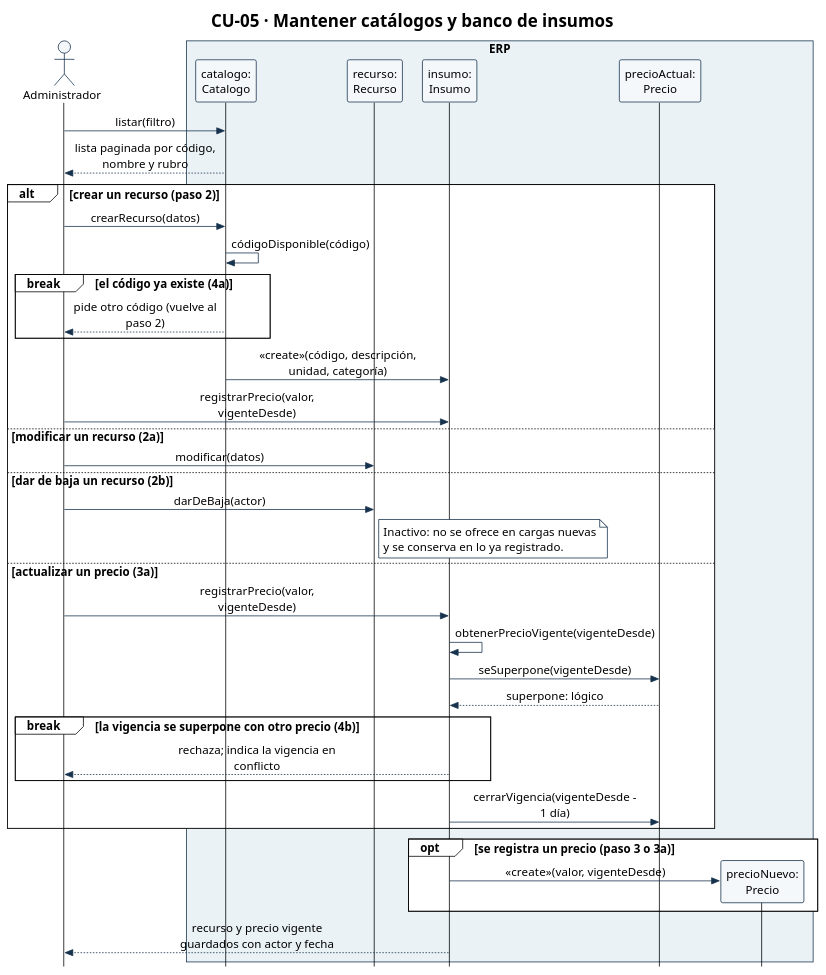
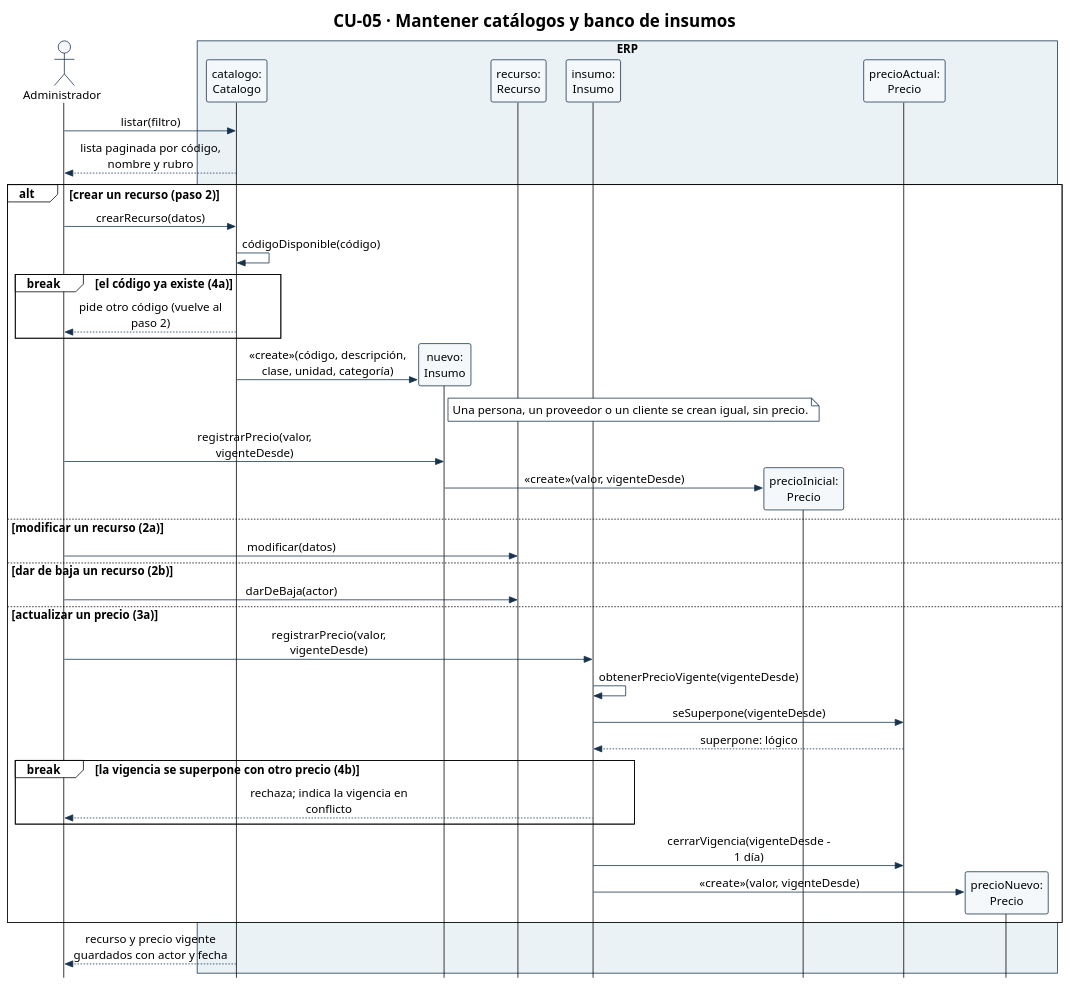
One commit to Ssrrb/tpf-uca changed the diagram in diagramas/CU-05-secuencia.puml. Above: the diagram before and after it, drawn with PlantUML. The commit also changed 9 other files, not shown here.

```diff
--- a/diagramas/CU-05-secuencia.puml
+++ b/diagramas/CU-05-secuencia.puml
@@ -1,66 +1,68 @@
 @startuml
 !theme plain
 skinparam style strictuml
 skinparam shadowing false
 skinparam defaultFontName Arial
 skinparam defaultFontSize 15
 skinparam sequenceMessageAlign center
 skinparam maxMessageSize 220
 skinparam ParticipantPadding 8
 skinparam BoxPadding 6
 skinparam ParticipantBackgroundColor #F5F8FA
 skinparam ParticipantBorderColor #17324D
 skinparam ActorBorderColor #17324D
 skinparam ActorBackgroundColor #F5F8FA
 skinparam ArrowColor #17324D
 skinparam SequenceBoxBorderColor #17324D
 skinparam note {
   BackgroundColor #FFFFFF
   BorderColor #17324D
 }
 hide footbox
 title CU-05 · Mantener catálogos y banco de insumos
 actor "Administrador" as Admin
 box "ERP" #EAF2F6
 participant "catalogo:\nCatalogo" as Cat
+participant "nuevo:\nInsumo" as Nue
 participant "recurso:\nRecurso" as Rec
 participant "insumo:\nInsumo" as Ins
+participant "precioInicial:\nPrecio" as PIni
 participant "precioActual:\nPrecio" as PAct
 participant "precioNuevo:\nPrecio" as PNue
 end box
 
 Admin -> Cat: listar(filtro)
 Cat --> Admin: lista paginada por código, nombre y rubro
 
 alt crear un recurso (paso 2)
   Admin -> Cat: crearRecurso(datos)
   Cat -> Cat: códigoDisponible(código)
   break el código ya existe (4a)
     Cat --> Admin: pide otro código (vuelve al paso 2)
   end
-  Cat -> Ins: «create»(código, descripción, unidad, categoría)
-  Admin -> Ins: registrarPrecio(valor, vigenteDesde)
+  create Nue
+  Cat -> Nue: «create»(código, descripción, clase, unidad, categoría)
+  note right of Nue
+    Una persona, un proveedor o un cliente se crean igual, sin precio.
+  end note
+  Admin -> Nue: registrarPrecio(valor, vigenteDesde)
+  create PIni
+  Nue -> PIni: «create»(valor, vigenteDesde)
 else modificar un recurso (2a)
   Admin -> Rec: modificar(datos)
 else dar de baja un recurso (2b)
   Admin -> Rec: darDeBaja(actor)
-  note right of Rec
-    Inactivo: no se ofrece en cargas nuevas
-    y se conserva en lo ya registrado.
-  end note
 else actualizar un precio (3a)
   Admin -> Ins: registrarPrecio(valor, vigenteDesde)
   Ins -> Ins: obtenerPrecioVigente(vigenteDesde)
   Ins -> PAct: seSuperpone(vigenteDesde)
   PAct --> Ins: superpone: lógico
   break la vigencia se superpone con otro precio (4b)
     Ins --> Admin: rechaza; indica la vigencia en conflicto
   end
   Ins -> PAct: cerrarVigencia(vigenteDesde - 1 día)
-end
-opt se registra un precio (paso 3 o 3a)
   create PNue
   Ins -> PNue: «create»(valor, vigenteDesde)
 end
-Ins --> Admin: recurso y precio vigente guardados con actor y fecha
+Cat --> Admin: recurso y precio vigente guardados con actor y fecha
 @enduml
```
